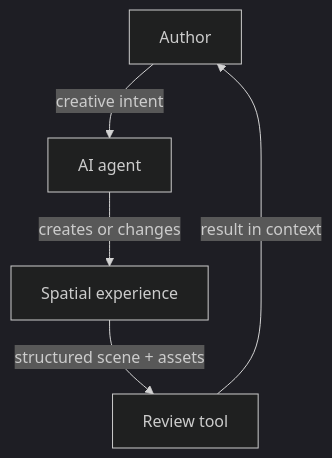
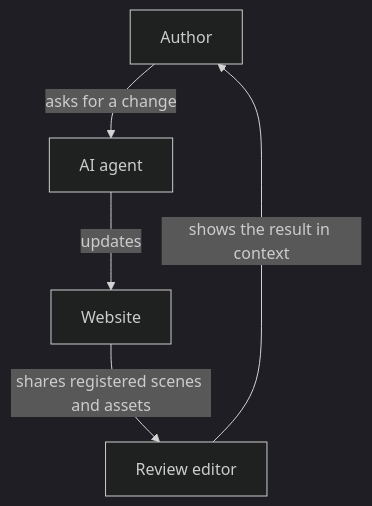
One commit to rbifulco/alterno-spatial-review changed the diagram in README.md. Above: the diagram before and after it, drawn with Mermaid (dark theme). The commit also changed other lines of this file and 7 other files, not shown here.

Commit message:
docs: make spatial review quickstart actionable

````diff
--- a/README.md
+++ b/README.md
@@ -53,7 +160,7 @@
 ```mermaid
 flowchart TD
-    author["Author"] -->|"creative intent"| agent["AI agent"]
-    agent -->|"creates or changes"| site["Spatial experience"]
-    site -->|"structured scene + assets"| review["Review tool"]
-    review -->|"result in context"| author
+    author["Author"] -->|"asks for a change"| agent["AI agent"]
+    agent -->|"updates"| site["Website"]
+    site -->|"shares registered scenes and assets"| review["Review editor"]
+    review -->|"shows the result in context"| author
 ```
````
